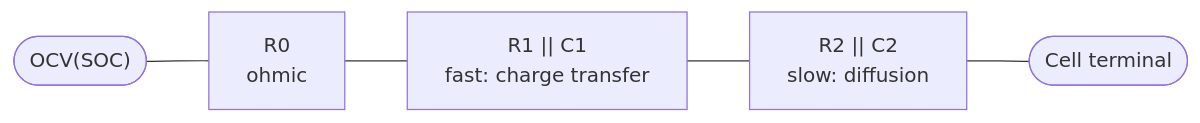
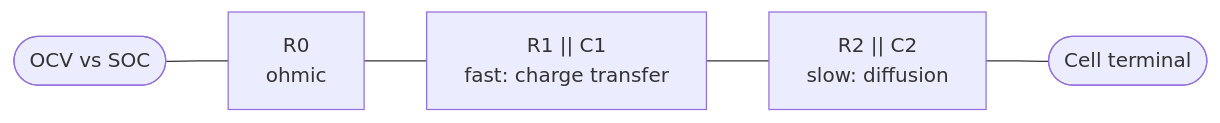
Before and after one commit to jsivolt/BMS_demo: the fourth of 7 diagrams in src/battery/SOP_DESIGN.md, drawn with Mermaid. The commit also changed other lines of this file, not shown here.

First line of the commit message:
SOP design: harden mermaid syntax for external renderers

````diff
--- a/src/battery/SOP_DESIGN.md
+++ b/src/battery/SOP_DESIGN.md
@@ -437,7 +437,7 @@
 ```mermaid
 flowchart LR
-    OCVS(["OCV(SOC)"]) --- R0["R0<br/>ohmic"]
+    OCVS(["OCV vs SOC"]) --- R0["R0<br/>ohmic"]
     R0 --- RC1["R1 || C1<br/>fast: charge transfer"]
     RC1 --- RC2["R2 || C2<br/>slow: diffusion"]
     RC2 --- T(["Cell terminal"])
 ```
````
